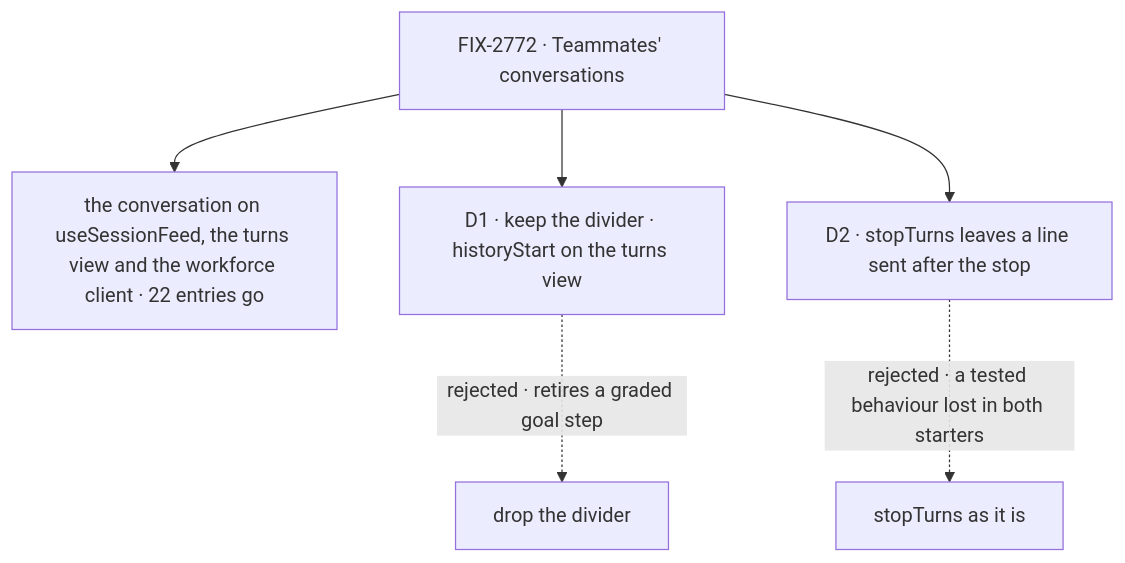
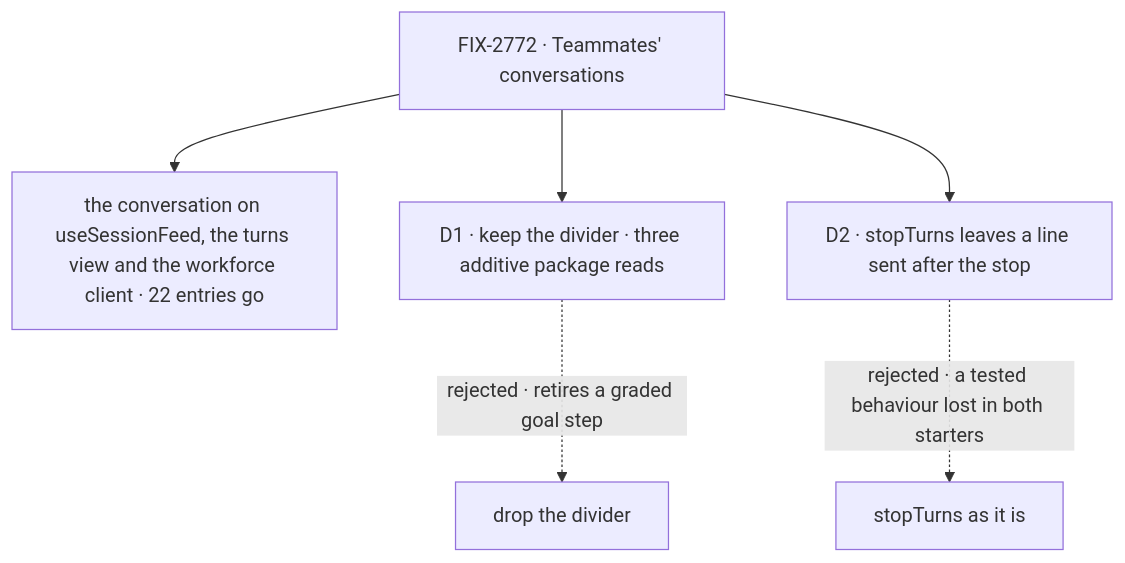
The diagram in specs/issues/FIX-2772/DECISIONS.md (fixpoint-labs/flow-state-dev), drawn with Mermaid before and after one commit. The commit also changed other lines of this file and 3 other files, not shown here.

````diff
--- a/specs/issues/FIX-2772/DECISIONS.md
+++ b/specs/issues/FIX-2772/DECISIONS.md
@@ -13,8 +13,8 @@
 ```mermaid
 flowchart TD
   I["FIX-2772 · Teammates' conversations"] --> M["the conversation on useSessionFeed, the turns view and the workforce client · 22 entries go"]
-  I --> D1["D1 · keep the divider · historyStart on the turns view"]
+  I --> D1["D1 · keep the divider · three additive package reads"]
   D1 -.->|"rejected · retires a graded goal step"| X1["drop the divider"]
   I --> D2["D2 · stopTurns leaves a line sent after the stop"]
   D2 -.->|"rejected · a tested behaviour lost in both starters"| X2["stopTurns as it is"]
 ```
````
